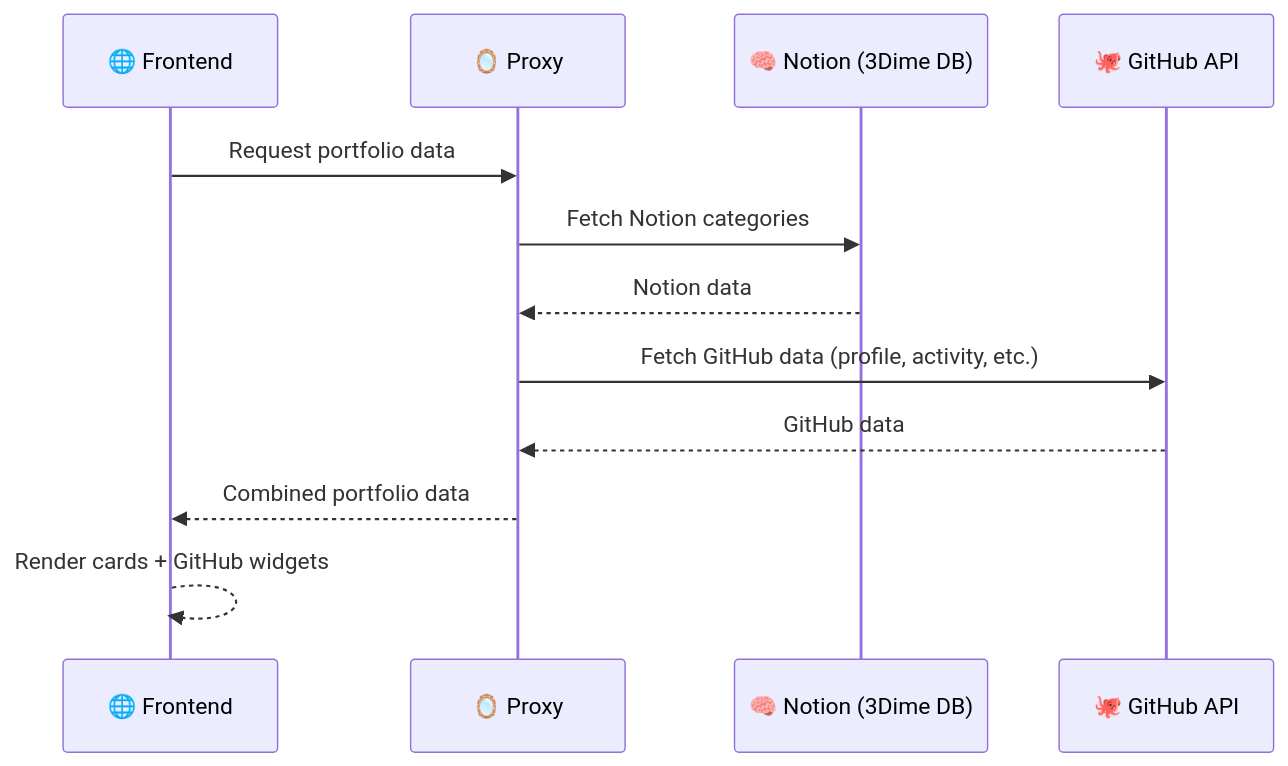
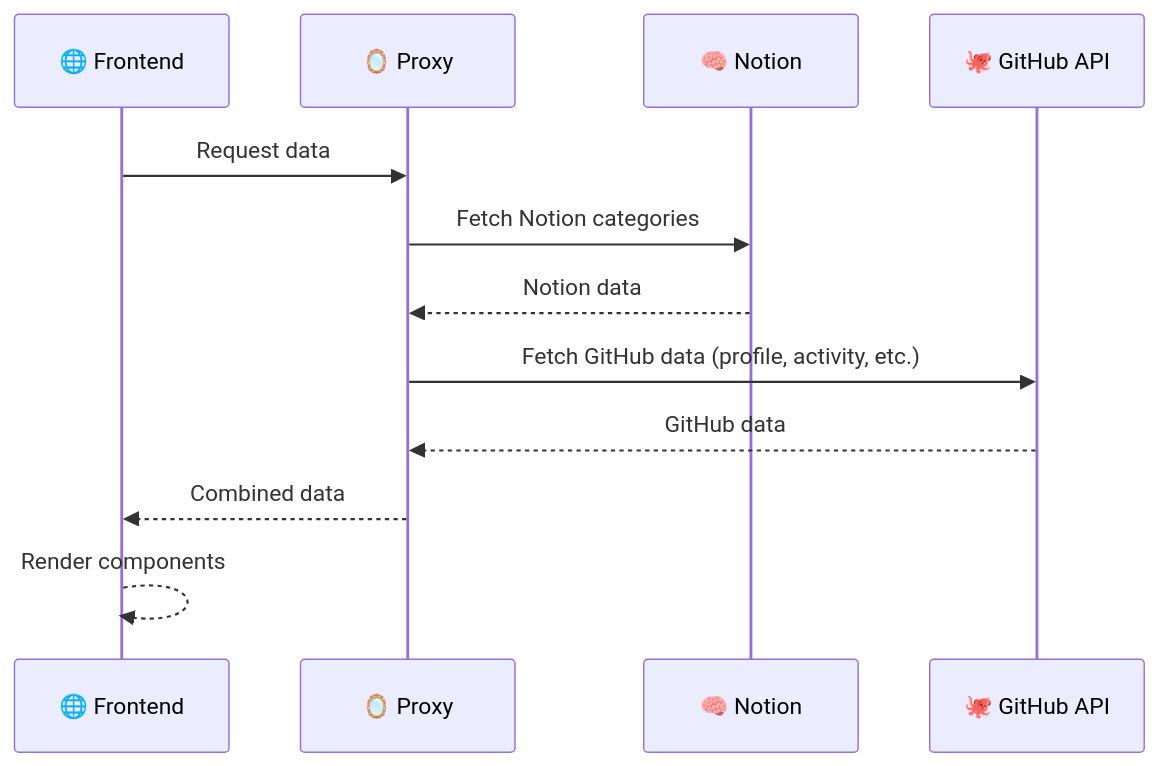
One commit to m-idriss/photocalia changed the second of 2 diagrams in ARCHITECTURE.md. Above: the diagram before and after it, drawn with Mermaid. The commit also changed other lines of this file and 12 other files, not shown here.

Commit message:
Final cleanup: update all remaining docs and ROADMAP

````diff
--- a/ARCHITECTURE.md
+++ b/ARCHITECTURE.md
@@ -621,18 +621,18 @@
 ```mermaid
 sequenceDiagram
     participant FE as 🌐 Frontend
     participant P as 🪞 Proxy
-    participant N as 🧠 Notion (3Dime DB)
+    participant N as 🧠 Notion
     participant G as 🐙 GitHub API
 
-    FE->>P: Request portfolio data
+    FE->>P: Request data
 
     P->>N: Fetch Notion categories
     N-->>P: Notion data
 
     P->>G: Fetch GitHub data (profile, activity, etc.)
     G-->>P: GitHub data
 
-    P-->>FE: Combined portfolio data
-    FE-->>FE: Render cards + GitHub widgets
+    P-->>FE: Combined data
+    FE-->>FE: Render components
 ```
````
